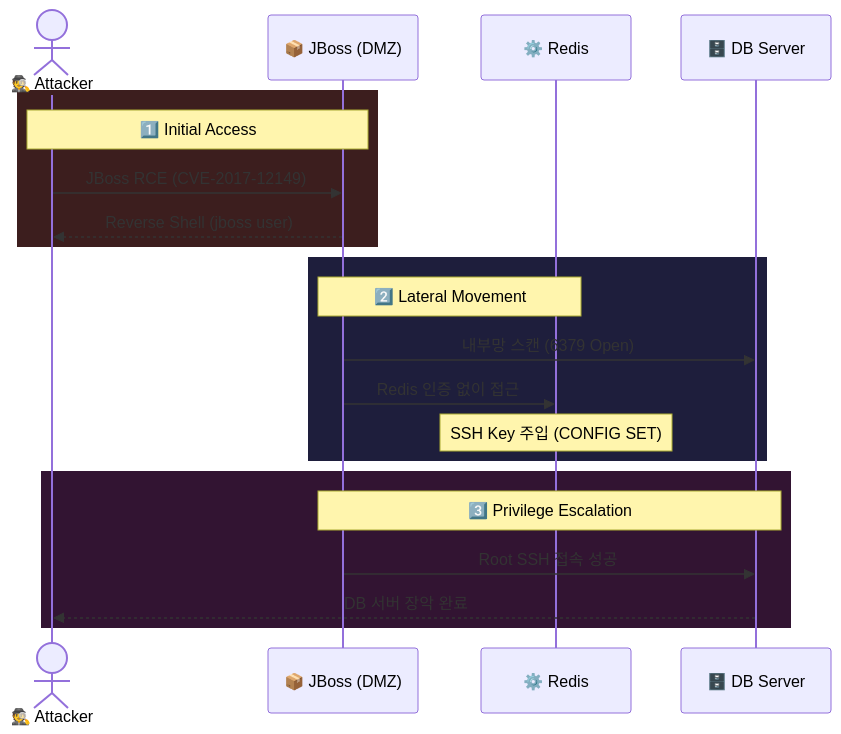
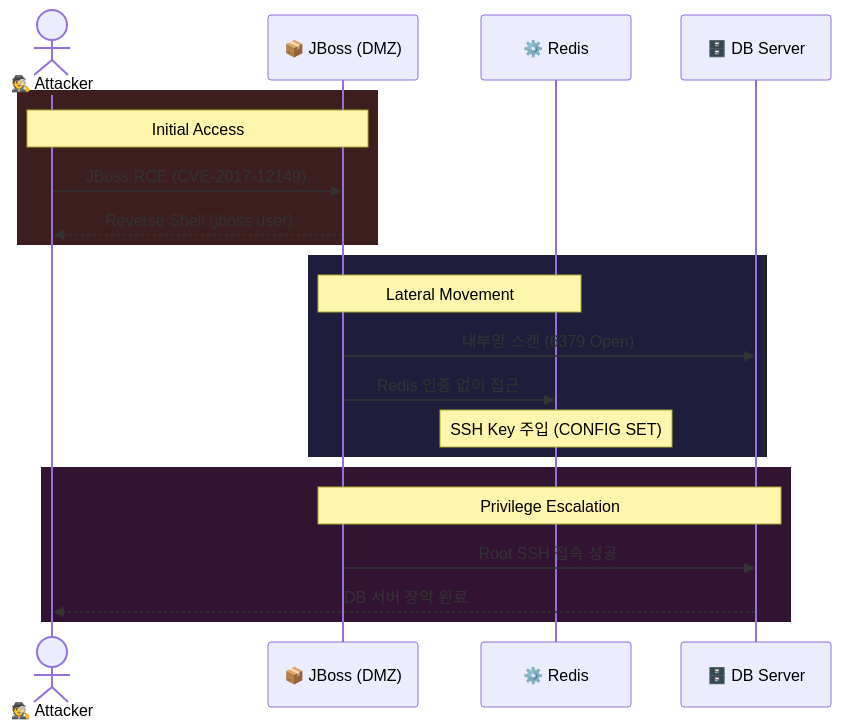
The second of 2 diagrams in _posts/cyberkillchain/2025-12-30-CKC-Legacy-Service-Pivot.md (HamaPr/HamaPr.github.io), drawn with Mermaid before and after one commit. The commit also changed other lines of this file and 2 other files, not shown here.

````diff
--- a/_posts/cyberkillchain/2025-12-30-CKC-Legacy-Service-Pivot.md
+++ b/_posts/cyberkillchain/2025-12-30-CKC-Legacy-Service-Pivot.md
@@ -96,26 +100,26 @@
 ```mermaid
 sequenceDiagram
     actor A as 🕵️ Attacker
     participant W as 📦 JBoss (DMZ)
     participant R as ⚙️ Redis
     participant D as 🗄️ DB Server
 
     rect rgb(60, 30, 30)
-        Note over A,W: 1️⃣ Initial Access
+        Note over A,W: Initial Access
         A->>W: JBoss RCE (CVE-2017-12149)
         W-->>A: Reverse Shell (jboss user)
     end
 
     rect rgb(30, 30, 60)
-        Note over W,R: 2️⃣ Lateral Movement
+        Note over W,R: Lateral Movement
         W->>D: 내부망 스캔 (6379 Open)
         W->>R: Redis 인증 없이 접근
         Note over R: SSH Key 주입 (CONFIG SET)
     end
 
     rect rgb(50, 20, 50)
-        Note over W,D: 3️⃣ Privilege Escalation
+        Note over W,D: Privilege Escalation
         W->>D: Root SSH 접속 성공
         D-->>A: DB 서버 장악 완료
     end
 ```
````
